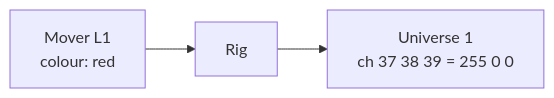
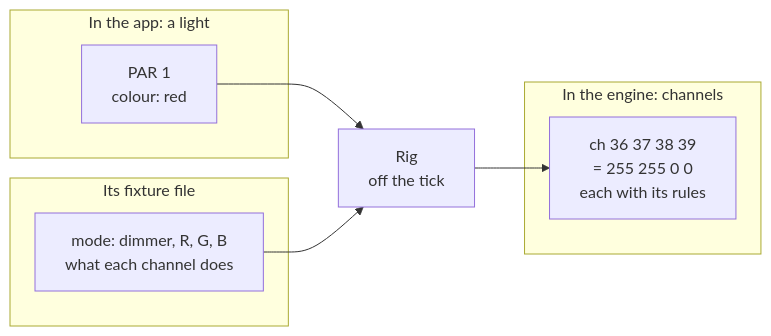
Before and after one commit to abossard/bossylights: the fourth of 17 diagrams in docs/design/theory.md, drawn with Mermaid. The commit also changed other lines of this file and 17 other files, not shown here.

````diff
--- a/docs/design/theory.md
+++ b/docs/design/theory.md
@@ -88,4 +90,15 @@
 ```mermaid
 flowchart LR
-  A["Mover L1<br/>colour: red"] --> R["Rig"] --> D["Universe 1<br/>ch 37 38 39 = 255 0 0"]
+  subgraph APP["In the app: a light"]
+    L["PAR 1<br/>colour: red"]
+  end
+  subgraph FILE["Its fixture file"]
+    F["mode: dimmer, R, G, B<br/>what each channel does"]
+  end
+  subgraph ENG["In the engine: channels"]
+    C["ch 36 37 38 39<br/>= 255 255 0 0<br/>each with its rules"]
+  end
+  L --> RIG["Rig<br/>off the tick"]
+  F --> RIG
+  RIG --> C
 ```
````
